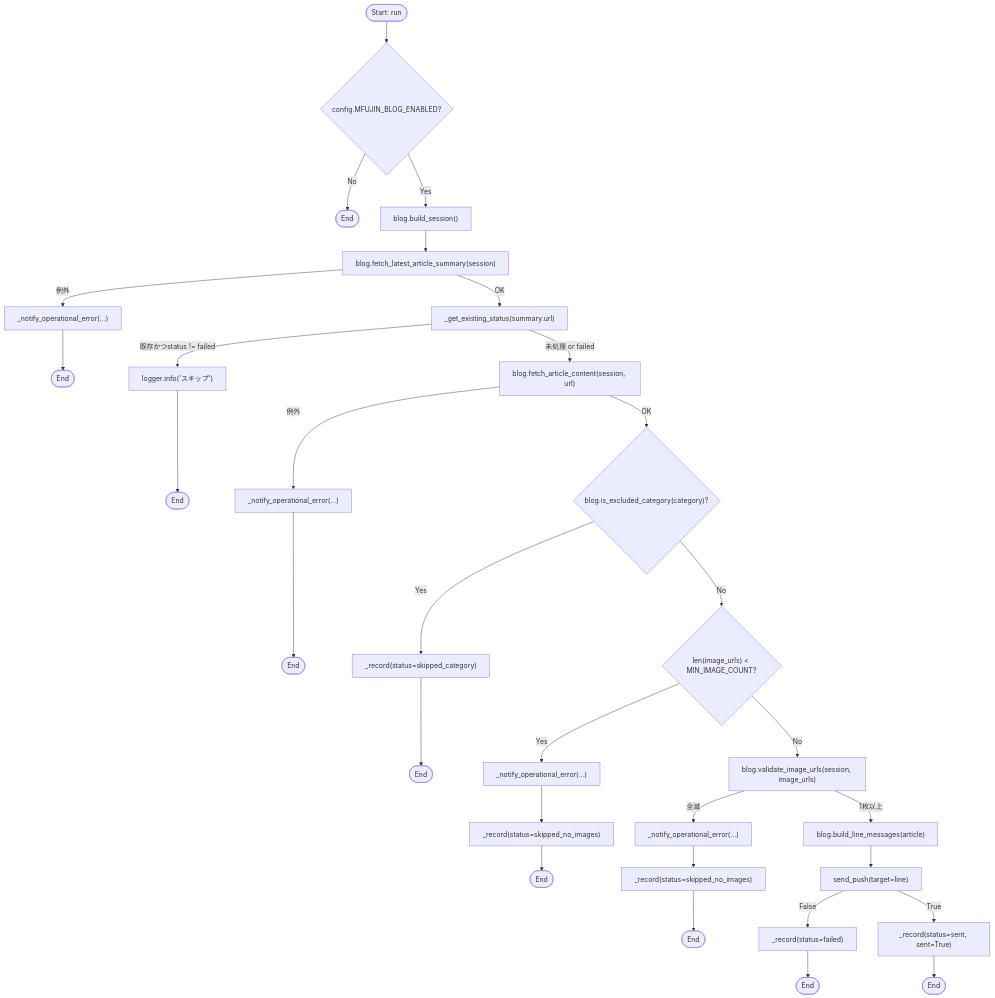
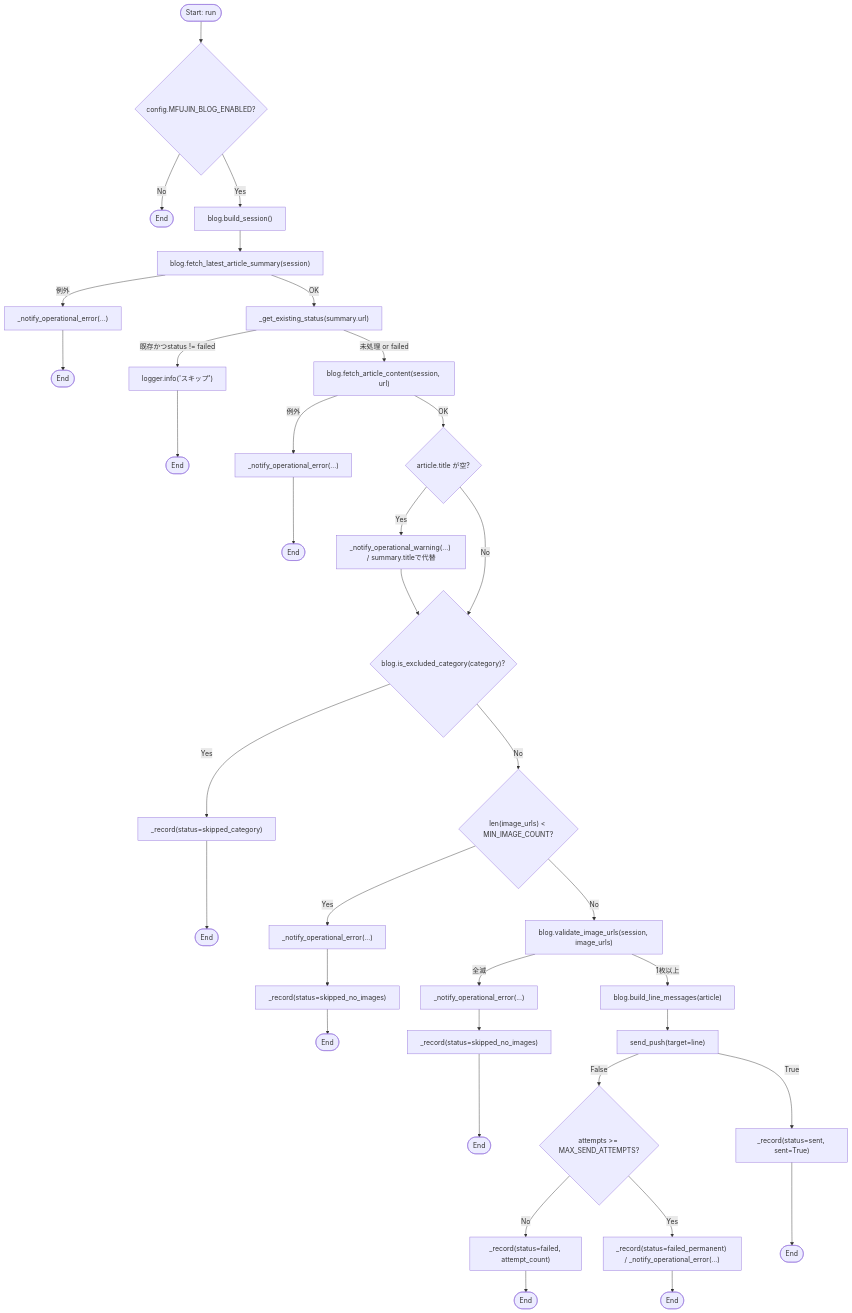
Before and after one commit to mmtigers/my_python_project: the first of 2 diagrams in docs/specifications/MY_HOME_SYSTEM/mfujin_blog_monitor.md, drawn with Mermaid. The commit also changed other lines of this file and 13 other files, not shown here.

````diff
--- a/docs/specifications/MY_HOME_SYSTEM/mfujin_blog_monitor.md
+++ b/docs/specifications/MY_HOME_SYSTEM/mfujin_blog_monitor.md
@@ -189,22 +212,26 @@
 ```mermaid
 flowchart TD
     Start([Start: run]) --> EnabledCheck{"config.MFUJIN_BLOG_ENABLED?"}
     EnabledCheck -- No --> End1([End])
     EnabledCheck -- Yes --> BuildSession["blog.build_session()"]
     BuildSession --> FetchSummary["blog.fetch_latest_article_summary(session)"]
     FetchSummary -- 例外 --> NotifyErr1["_notify_operational_error(...)"] --> End2([End])
     FetchSummary -- OK --> ExistingCheck["_get_existing_status(summary.url)"]
     ExistingCheck -- "既存かつstatus != failed" --> LogSkip["logger.info('スキップ')"] --> End3([End])
     ExistingCheck -- "未処理 or failed" --> FetchContent["blog.fetch_article_content(session, url)"]
     FetchContent -- 例外 --> NotifyErr2["_notify_operational_error(...)"] --> End4([End])
-    FetchContent -- OK --> CategoryCheck{"blog.is_excluded_category(category)?"}
+    FetchContent -- OK --> TitleCheck{"article.title が空?"}
+    TitleCheck -- Yes --> WarnTitle["_notify_operational_warning(...) / summary.titleで代替"] --> CategoryCheck
+    TitleCheck -- No --> CategoryCheck{"blog.is_excluded_category(category)?"}
     CategoryCheck -- Yes --> RecordSkippedCategory["_record(status=skipped_category)"] --> End5([End])
     CategoryCheck -- No --> ImageCountCheck{"len(image_urls) < MIN_IMAGE_COUNT?"}
     ImageCountCheck -- Yes --> NotifyErr3["_notify_operational_error(...)"] --> RecordSkippedImages1["_record(status=skipped_no_images)"] --> End6([End])
     ImageCountCheck -- No --> Validate["blog.validate_image_urls(session, image_urls)"]
     Validate -- "全滅" --> NotifyErr4["_notify_operational_error(...)"] --> RecordSkippedImages2["_record(status=skipped_no_images)"] --> End7([End])
     Validate -- "1枚以上" --> BuildMessages["blog.build_line_messages(article)"]
     BuildMessages --> SendPush["send_push(target=line)"]
-    SendPush -- False --> RecordFailed["_record(status=failed)"] --> End8([End])
+    SendPush -- False --> AttemptCheck{"attempts >= MAX_SEND_ATTEMPTS?"}
+    AttemptCheck -- No --> RecordFailed["_record(status=failed, attempt_count)"] --> End8([End])
+    AttemptCheck -- Yes --> RecordPermanent["_record(status=failed_permanent) / _notify_operational_error(...)"] --> End10([End])
     SendPush -- True --> RecordSent["_record(status=sent, sent=True)"] --> End9([End])
 ```
````
